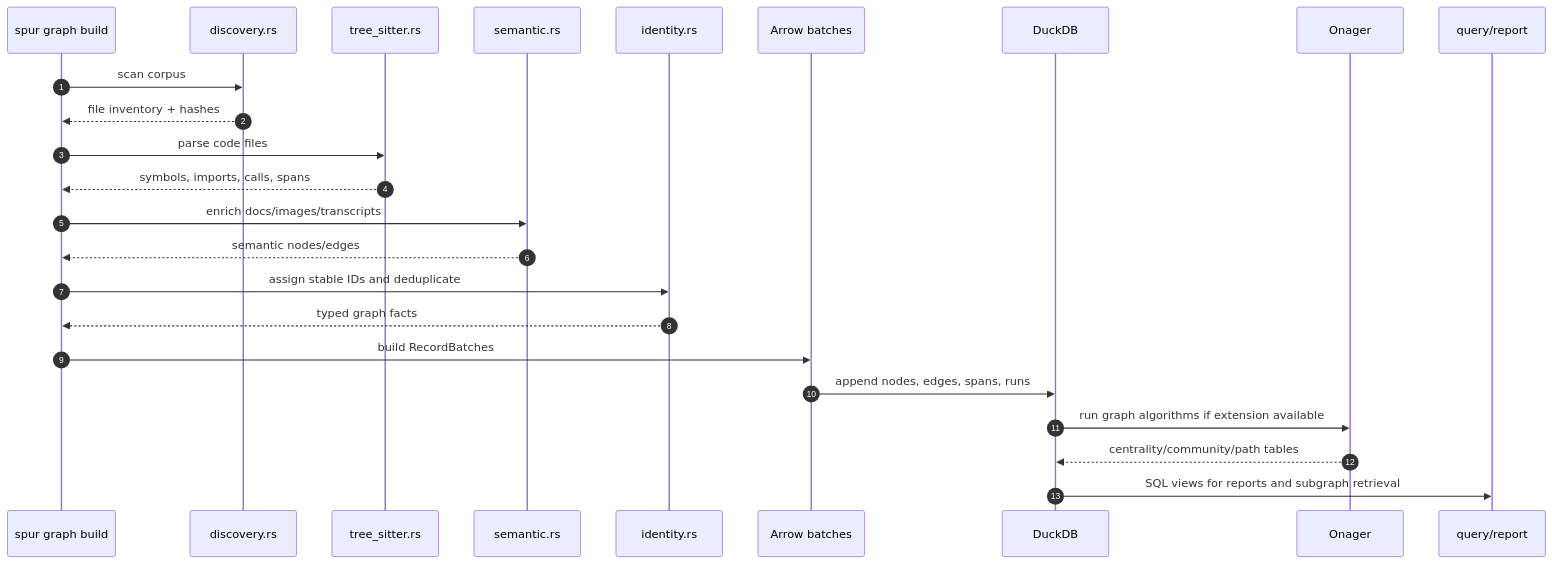
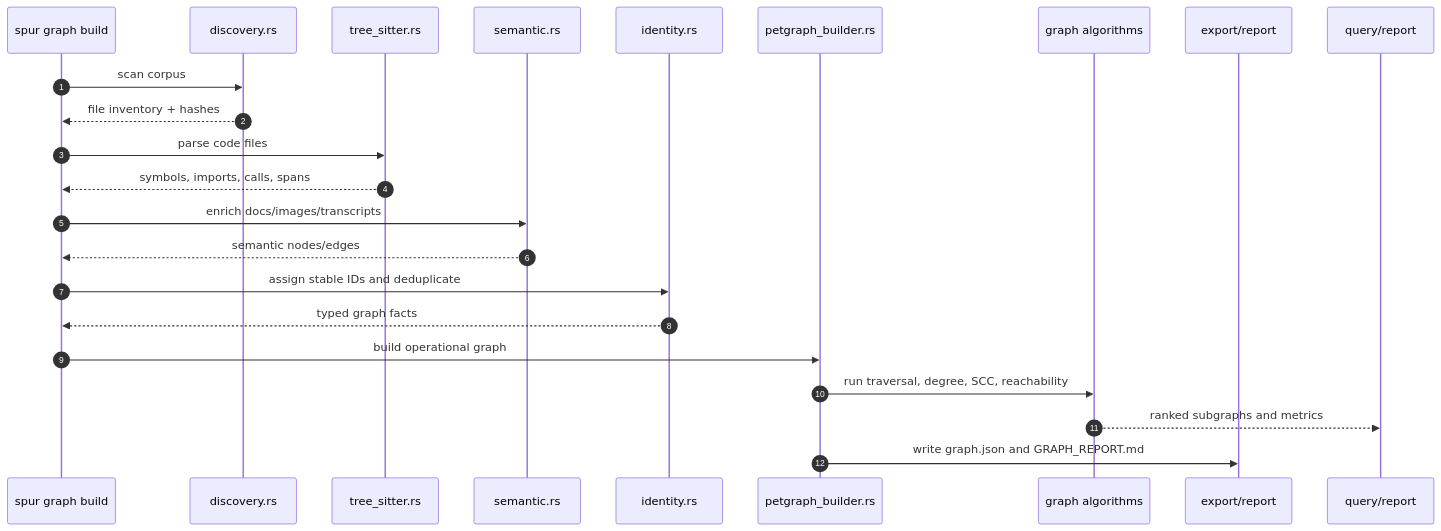
The second of 5 diagrams in docs/spur/graphify-rust-duckdb-onager-alternative.md (getspur/spur), drawn with Mermaid before and after one commit. The commit also changed other lines of this file, not shown here.

Commit message:
docs(spur): bd-10d approve minimal graph lane

````diff
--- a/docs/spur/graphify-rust-duckdb-onager-alternative.md
+++ b/docs/spur/graphify-rust-duckdb-onager-alternative.md
@@ -303,27 +313,26 @@
 ```mermaid
 sequenceDiagram
     autonumber
     participant CLI as spur graph build
     participant D as discovery.rs
     participant TS as tree_sitter.rs
     participant SEM as semantic.rs
     participant ID as identity.rs
-    participant AR as Arrow batches
-    participant DB as DuckDB
-    participant OG as Onager
+    participant PG as petgraph_builder.rs
+    participant QA as graph algorithms
+    participant EX as export/report
     participant Q as query/report
 
     CLI->>D: scan corpus
     D-->>CLI: file inventory + hashes
     CLI->>TS: parse code files
     TS-->>CLI: symbols, imports, calls, spans
     CLI->>SEM: enrich docs/images/transcripts
     SEM-->>CLI: semantic nodes/edges
     CLI->>ID: assign stable IDs and deduplicate
     ID-->>CLI: typed graph facts
-    CLI->>AR: build RecordBatches
-    AR->>DB: append nodes, edges, spans, runs
-    DB->>OG: run graph algorithms if extension available
-    OG-->>DB: centrality/community/path tables
-    DB->>Q: SQL views for reports and subgraph retrieval
+    CLI->>PG: build operational graph
+    PG->>QA: run traversal, degree, SCC, reachability
+    QA-->>Q: ranked subgraphs and metrics
+    PG->>EX: write graph.json and GRAPH_REPORT.md
 ```
````
